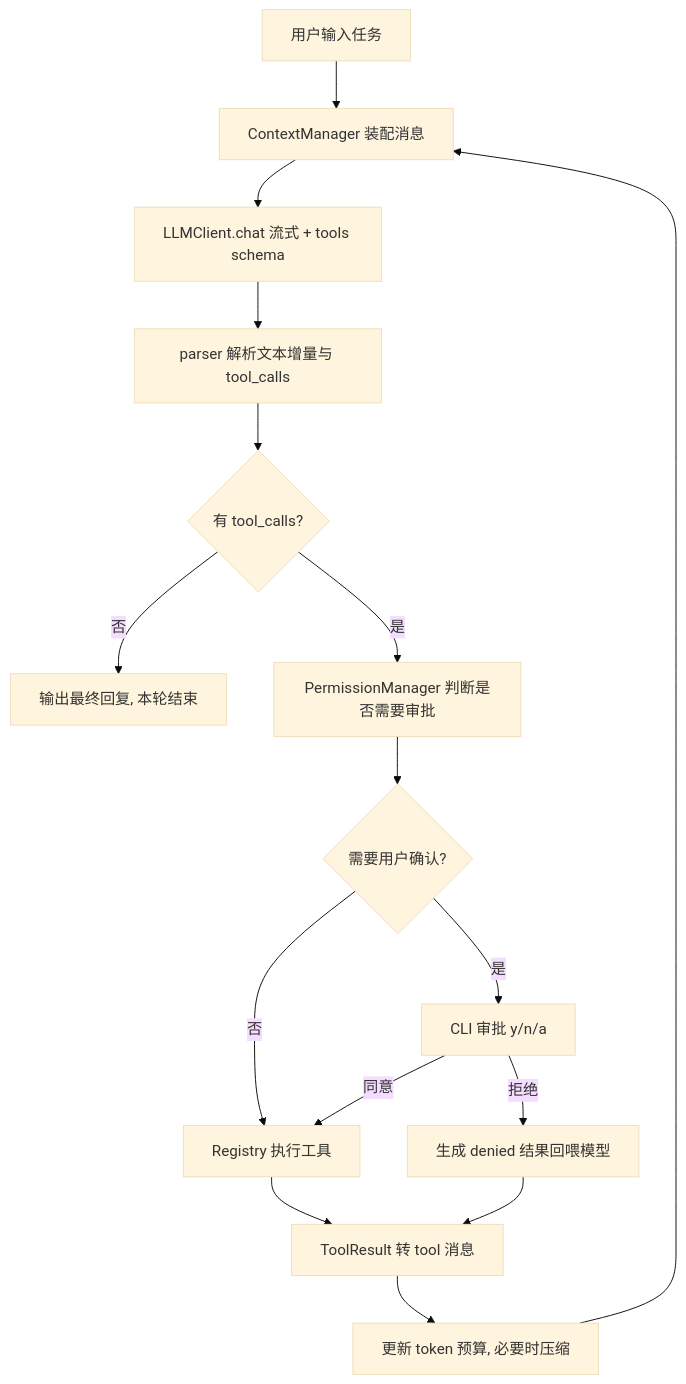
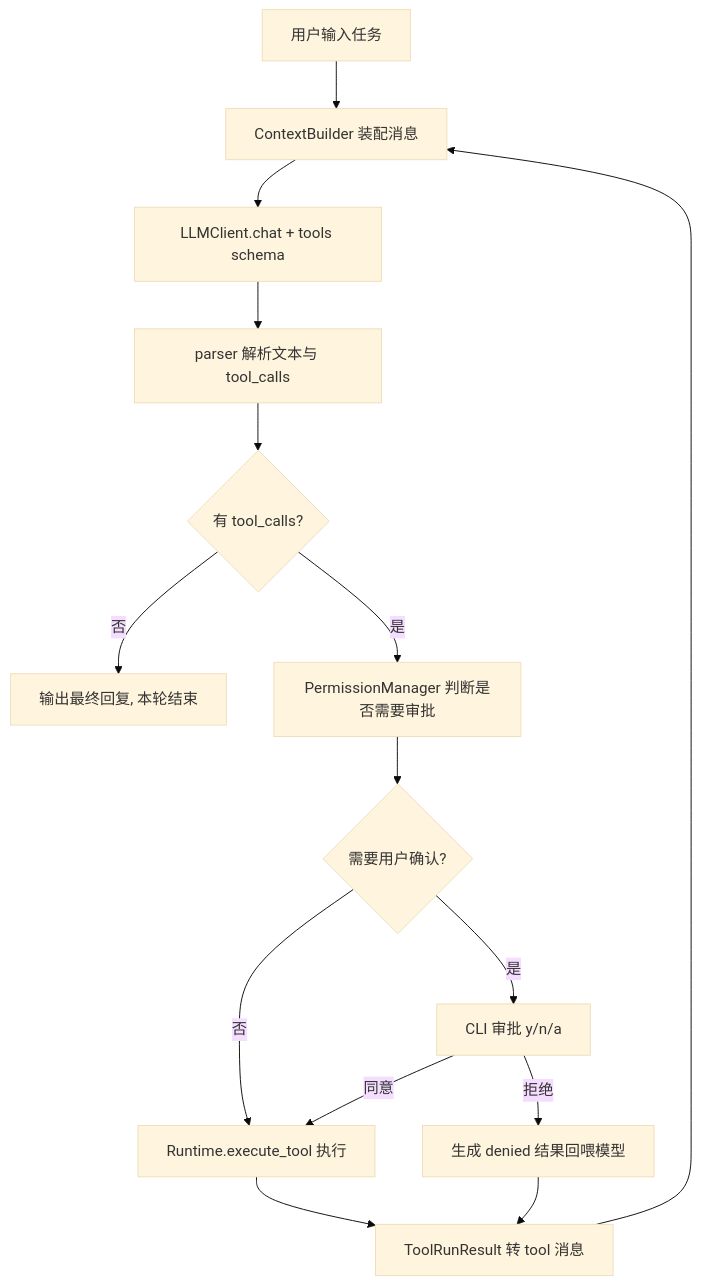
The diagram in docs/architecture.md (cty8888/Cyan), drawn with Mermaid (base theme) before and after one commit. The commit also changed other lines of this file and 111 other files, not shown here.

````diff
--- a/docs/architecture.md
+++ b/docs/architecture.md
@@ -61,18 +73,17 @@
 ```mermaid
 flowchart TD
-    UserInput[用户输入任务] --> Ctx[ContextManager 装配消息]
-    Ctx --> LLM[LLMClient.chat 流式 + tools schema]
-    LLM --> Parse[parser 解析文本增量与 tool_calls]
+    UserInput[用户输入任务] --> Ctx[ContextBuilder 装配消息]
+    Ctx --> LLM[LLMClient.chat + tools schema]
+    LLM --> Parse[parser 解析文本与 tool_calls]
     Parse --> HasTool{有 tool_calls?}
     HasTool -->|否| Done[输出最终回复, 本轮结束]
     HasTool -->|是| Perm[PermissionManager 判断是否需要审批]
     Perm --> NeedAsk{需要用户确认?}
-    NeedAsk -->|否| Exec[Registry 执行工具]
+    NeedAsk -->|否| Exec[Runtime.execute_tool 执行]
     NeedAsk -->|是| Approve[CLI 审批 y/n/a]
     Approve -->|拒绝| Denied[生成 denied 结果回喂模型]
     Approve -->|同意| Exec
-    Exec --> Result[ToolResult 转 tool 消息]
+    Exec --> Result[ToolRunResult 转 tool 消息]
     Denied --> Result
-    Result --> Budget[更新 token 预算, 必要时压缩]
-    Budget --> Ctx
+    Result --> Ctx
 ```
````
